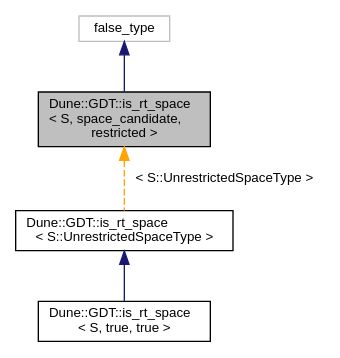
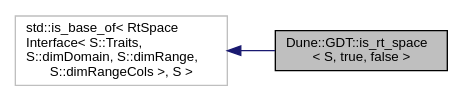
The diagram in docs/dune-gdt/master/a03148.dot (dune-community/dune-community.github.io), drawn with Graphviz before and after one commit. The commit also changed 1973 other files, not shown here.

Commit message:
Updated documentation for dune-gdt master

```diff
--- a/docs/dune-gdt/master/a03148.dot
+++ b/docs/dune-gdt/master/a03148.dot
@@ -1,12 +1,9 @@
-digraph "Dune::GDT::is_rt_space&lt; S, space_candidate, restricted &gt;"
+digraph "Dune::GDT::is_rt_space&lt; S, true, false &gt;"
 {
   edge [fontname="Helvetica",fontsize="10",labelfontname="Helvetica",labelfontsize="10"];
   node [fontname="Helvetica",fontsize="10",shape=record];
-  Node0 [label="Dune::GDT::is_rt_space\l\< S, space_candidate,\l restricted \>",height=0.2,width=0.4,color="black", fillcolor="grey75", style="filled", fontcolor="black"];
+  rankdir="LR";
+  Node0 [label="Dune::GDT::is_rt_space\l\< S, true, false \>",height=0.2,width=0.4,color="black", fillcolor="grey75", style="filled", fontcolor="black"];
   Node1 -> Node0 [dir="back",color="midnightblue",fontsize="10",style="solid",fontname="Helvetica"];
-  Node1 [label="false_type",height=0.2,width=0.4,color="grey75", fillcolor="white", style="filled"];
-  Node0 -> Node2 [dir="back",color="orange",fontsize="10",style="dashed",label=" \< S::UnrestrictedSpaceType \>" ,fontname="Helvetica"];
-  Node2 [label="Dune::GDT::is_rt_space\l\< S::UnrestrictedSpaceType \>",height=0.2,width=0.4,color="black", fillcolor="white", style="filled",URL="$a03149.html"];
-  Node2 -> Node3 [dir="back",color="midnightblue",fontsize="10",style="solid",fontname="Helvetica"];
-  Node3 [label="Dune::GDT::is_rt_space\l\< S, true, true \>",height=0.2,width=0.4,color="black", fillcolor="white", style="filled",URL="$a03157.html"];
+  Node1 [label="std::is_base_of\< RtSpace\lInterface\< S::Traits,\l S::dimDomain, S::dimRange,\l S::dimRangeCols \>, S \>",height=0.2,width=0.4,color="grey75", fillcolor="white", style="filled"];
 }
```
